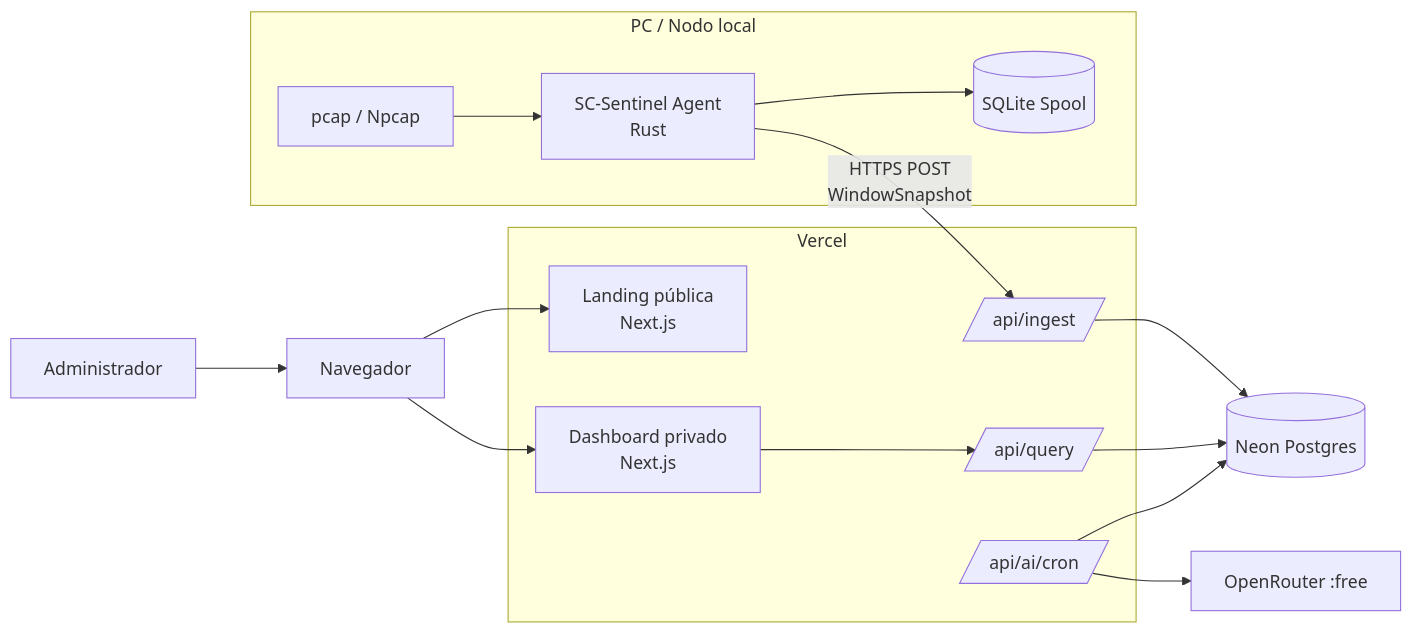
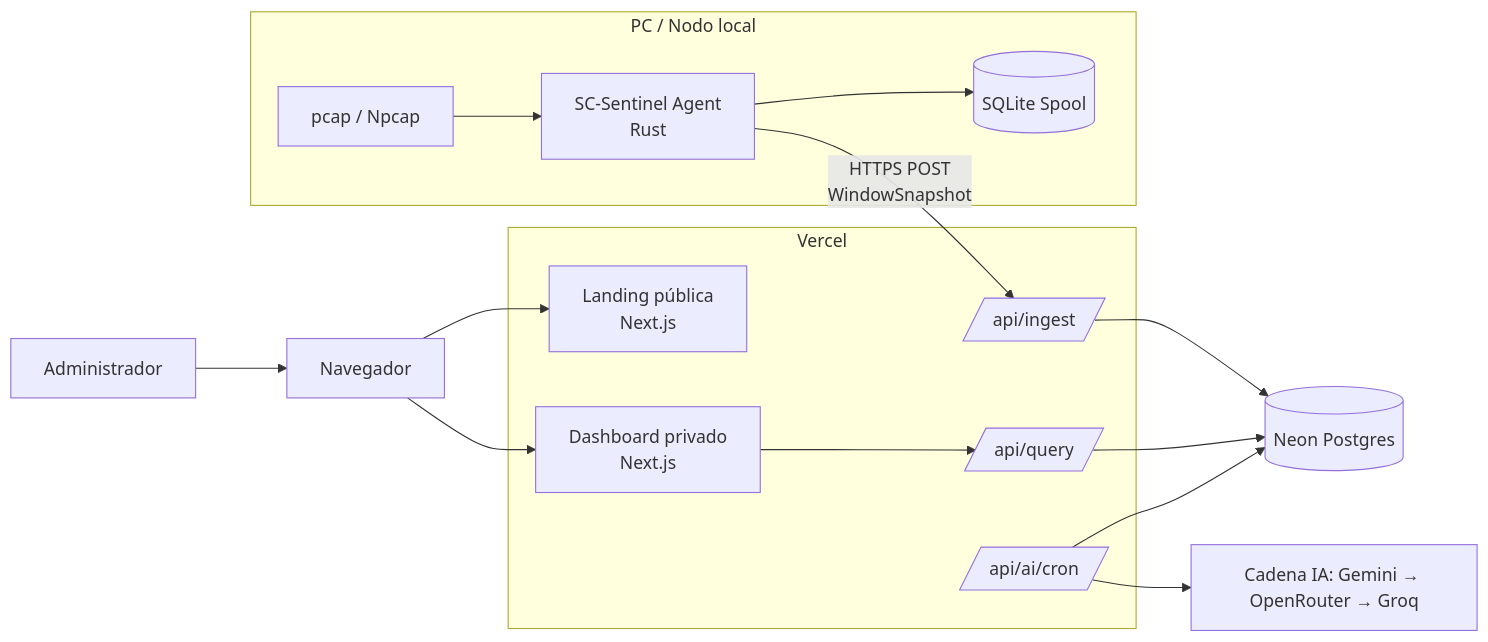
Before and after one commit to Juan-Felipe-Palacios/SC-Sentinel: the second of 4 diagrams in docs/superpowers/specs/SC-Sentinel-Spec-Completo-2026-11-03.md, drawn with Mermaid. The commit also changed other lines of this file and 13 other files, not shown here.

````diff
--- a/docs/superpowers/specs/SC-Sentinel-Spec-Completo-2026-11-03.md
+++ b/docs/superpowers/specs/SC-Sentinel-Spec-Completo-2026-11-03.md
@@ -1053,32 +1057,32 @@
 ```mermaid
 flowchart LR
     Admin[Administrador] --> Browser[Navegador]
 
     Browser --> Landing[Landing pública<br/>Next.js]
     Browser --> Dashboard[Dashboard privado<br/>Next.js]
 
     subgraph Local[PC / Nodo local]
         Agent[SC-Sentinel Agent<br/>Rust]
         Pcap[pcap / Npcap]
         Spool[(SQLite Spool)]
         Agent --> Spool
         Pcap --> Agent
     end
 
     Agent -->|HTTPS POST<br/>WindowSnapshot| Ingest[/api/ingest/]
 
     subgraph Vercel[Vercel]
         Landing
         Dashboard
         Ingest
         Query[/api/query/]
         AICron[/api/ai/cron/]
     end
 
     Ingest --> Neon[(Neon Postgres)]
     Query --> Neon
     Dashboard --> Query
 
     AICron --> Neon
-    AICron --> OpenRouter[OpenRouter :free]
+    AICron --> Providers[Cadena IA: Gemini → OpenRouter → Groq]
 ```
````
